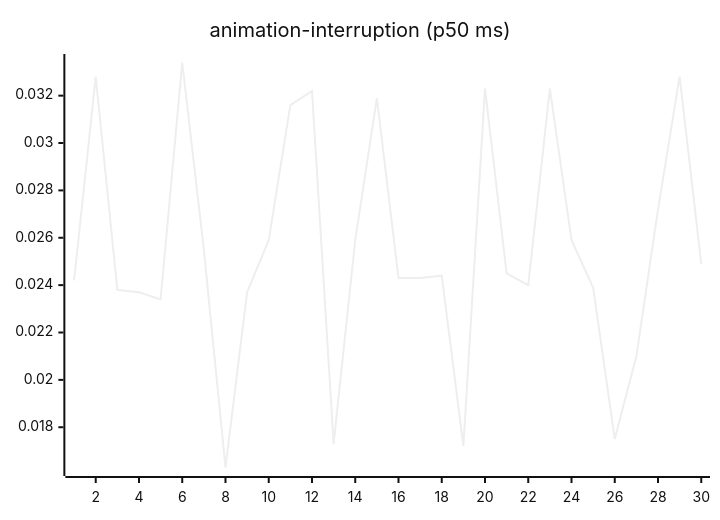
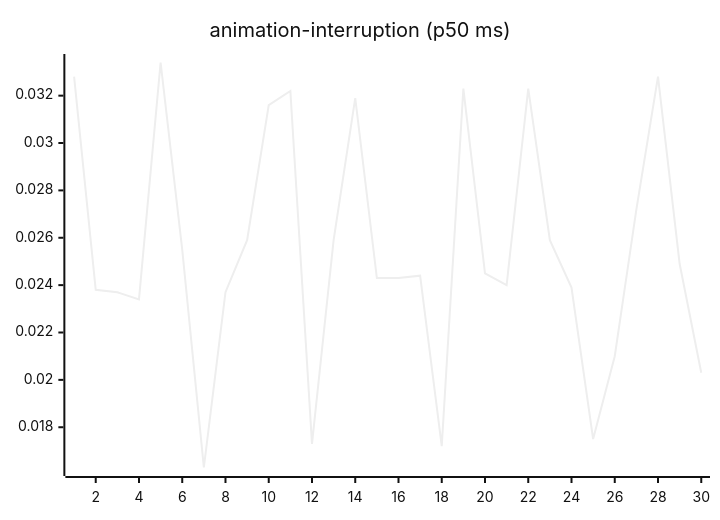
One commit to josha/Facet changed the third of 27 diagrams in README.md. Above: the diagram before and after it, drawn with Mermaid (neutral theme). The commit also changed other lines of this file and 2 other files, not shown here.

````diff
--- a/README.md
+++ b/README.md
@@ -77,6 +77,6 @@
 ```mermaid
 xychart-beta
     title "animation-interruption (p50 ms)"
     x-axis 1 --> 30
-    line [0.0242, 0.0328, 0.0238, 0.0237, 0.0234, 0.0334, 0.0255, 0.0163, 0.0237, 0.0259, 0.0316, 0.0322, 0.0173, 0.0259, 0.0319, 0.0243, 0.0243, 0.0244, 0.0172, 0.0323, 0.0245, 0.0240, 0.0323, 0.0259, 0.0239, 0.0175, 0.0210, 0.0272, 0.0328, 0.0249]
+    line [0.0328, 0.0238, 0.0237, 0.0234, 0.0334, 0.0255, 0.0163, 0.0237, 0.0259, 0.0316, 0.0322, 0.0173, 0.0259, 0.0319, 0.0243, 0.0243, 0.0244, 0.0172, 0.0323, 0.0245, 0.0240, 0.0323, 0.0259, 0.0239, 0.0175, 0.0210, 0.0272, 0.0328, 0.0249, 0.0203]
 ```
````
